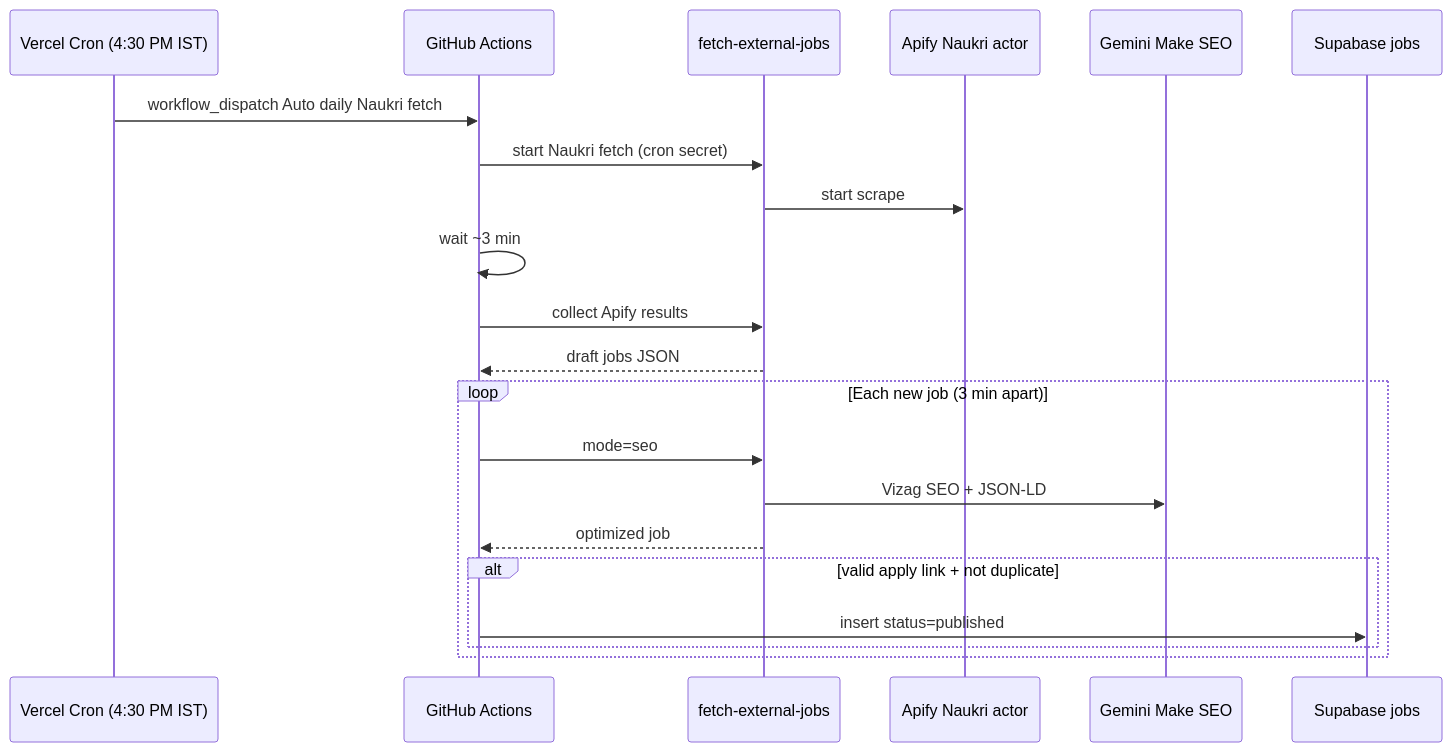
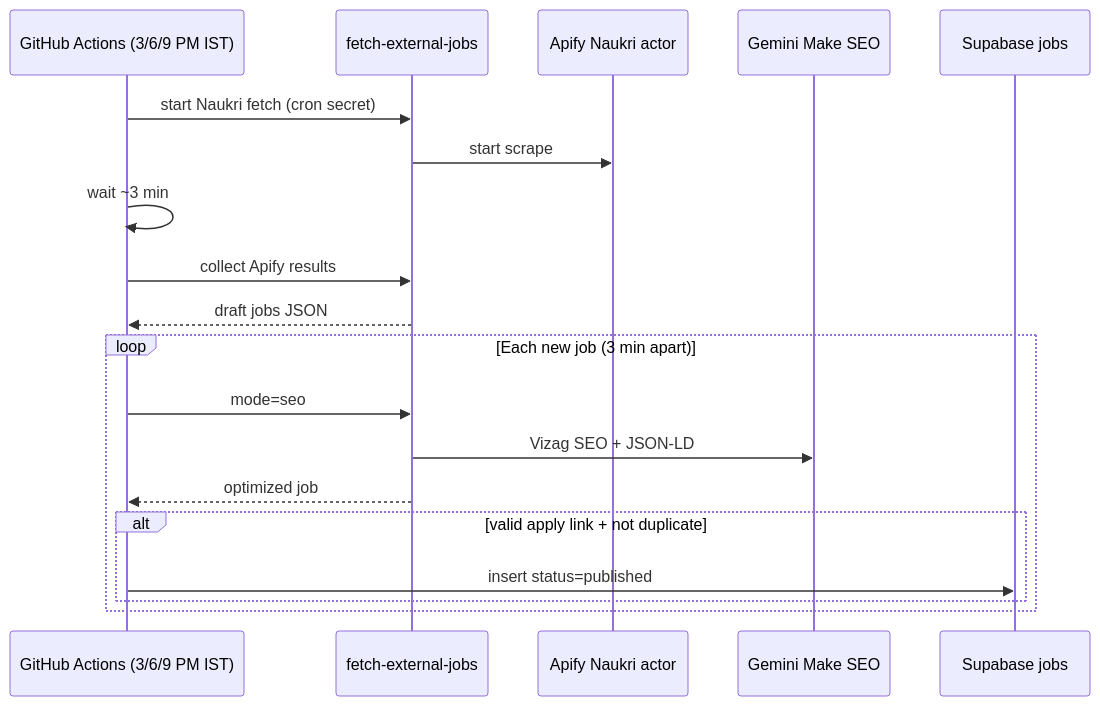
The diagram in docs/auto-naukri-pipeline.md (Kiran040595/vizag-jobs), drawn with Mermaid before and after one commit. The commit also changed other lines of this file and 11 other files, not shown here.

First line of the commit message:
Schedule Naukri GitHub Actions for 3:00 PM IST.

````diff
--- a/docs/auto-naukri-pipeline.md
+++ b/docs/auto-naukri-pipeline.md
@@ -15,24 +15,22 @@
 ```mermaid
 sequenceDiagram
-  participant Cron as Vercel Cron (4:30 PM IST)
-  participant GH as GitHub Actions
+  participant GH as GitHub Actions (3/6/9 PM IST)
   participant Edge as fetch-external-jobs
   participant Apify as Apify Naukri actor
   participant Gemini as Gemini Make SEO
   participant DB as Supabase jobs
 
-  Cron->>GH: workflow_dispatch Auto daily Naukri fetch
   GH->>Edge: start Naukri fetch (cron secret)
   Edge->>Apify: start scrape
   GH->>GH: wait ~3 min
   GH->>Edge: collect Apify results
   Edge-->>GH: draft jobs JSON
   loop Each new job (3 min apart)
     GH->>Edge: mode=seo
     Edge->>Gemini: Vizag SEO + JSON-LD
     Edge-->>GH: optimized job
     alt valid apply link + not duplicate
       GH->>DB: insert status=published
     end
   end
 ```
````
